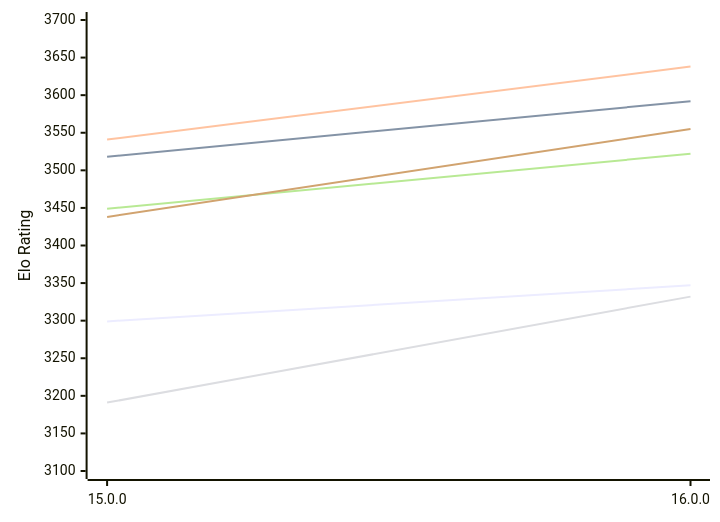
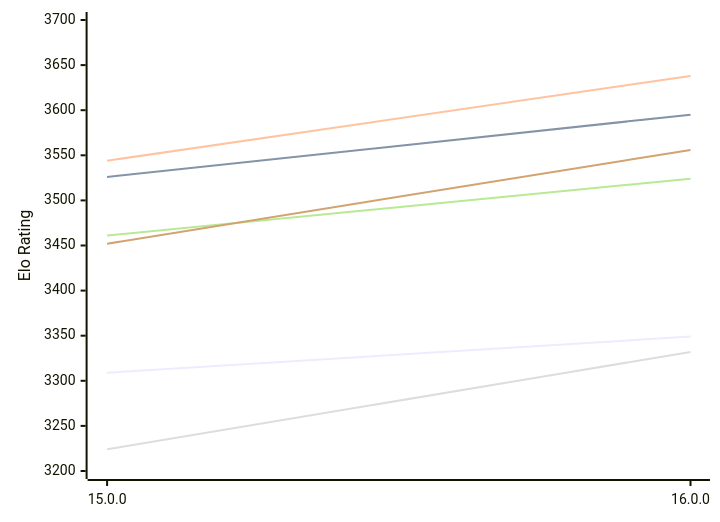
The first of 2 diagrams in engines/Halogen.md (computer-chess-index/cci), drawn with Mermaid before and after one commit. The commit also changed other lines of this file, not shown here.

Commit message:
Update CCI Ratings (ELO VLTC) - 2026-11-17

````diff
--- a/engines/Halogen.md
+++ b/engines/Halogen.md
@@ -50,12 +50,12 @@
 ```mermaid
 %%{init: {"theme":"base","themeVariables":{"seriesColors:['#a3a3a3','#222221','#faa371']}}}%%
 xychart-beta
   x-axis ["15.0.0", "16.0.0"]
-  y-axis "Elo Rating" 3100 --> 3700
-  line "E1: STC (8.0+0.08s)" [3299, 3347]
-  line "E1: LTC (60.0+0.60s)" [3518, 3592]
-  line "E1: VLTC (2m24s+1.12s)" [3541, 3638]
-  line "P1: STC (8.0+0.08s)" [3191, 3332]
-  line "P1: LTC (60.0+0.60s)" [3449, 3522]
-  line "P1: VLTC (2m24s+1.12s)" [3438, 3555]
+  y-axis "Elo Rating" 3200 --> 3700
+  line "E1: STC (8.0+0.08s)" [3309, 3349]
+  line "E1: LTC (60.0+0.60s)" [3526, 3595]
+  line "E1: VLTC (2m24s+1.12s)" [3544, 3638]
+  line "P1: STC (8.0+0.08s)" [3224, 3332]
+  line "P1: LTC (60.0+0.60s)" [3461, 3524]
+  line "P1: VLTC (2m24s+1.12s)" [3452, 3556]
 ```
````
